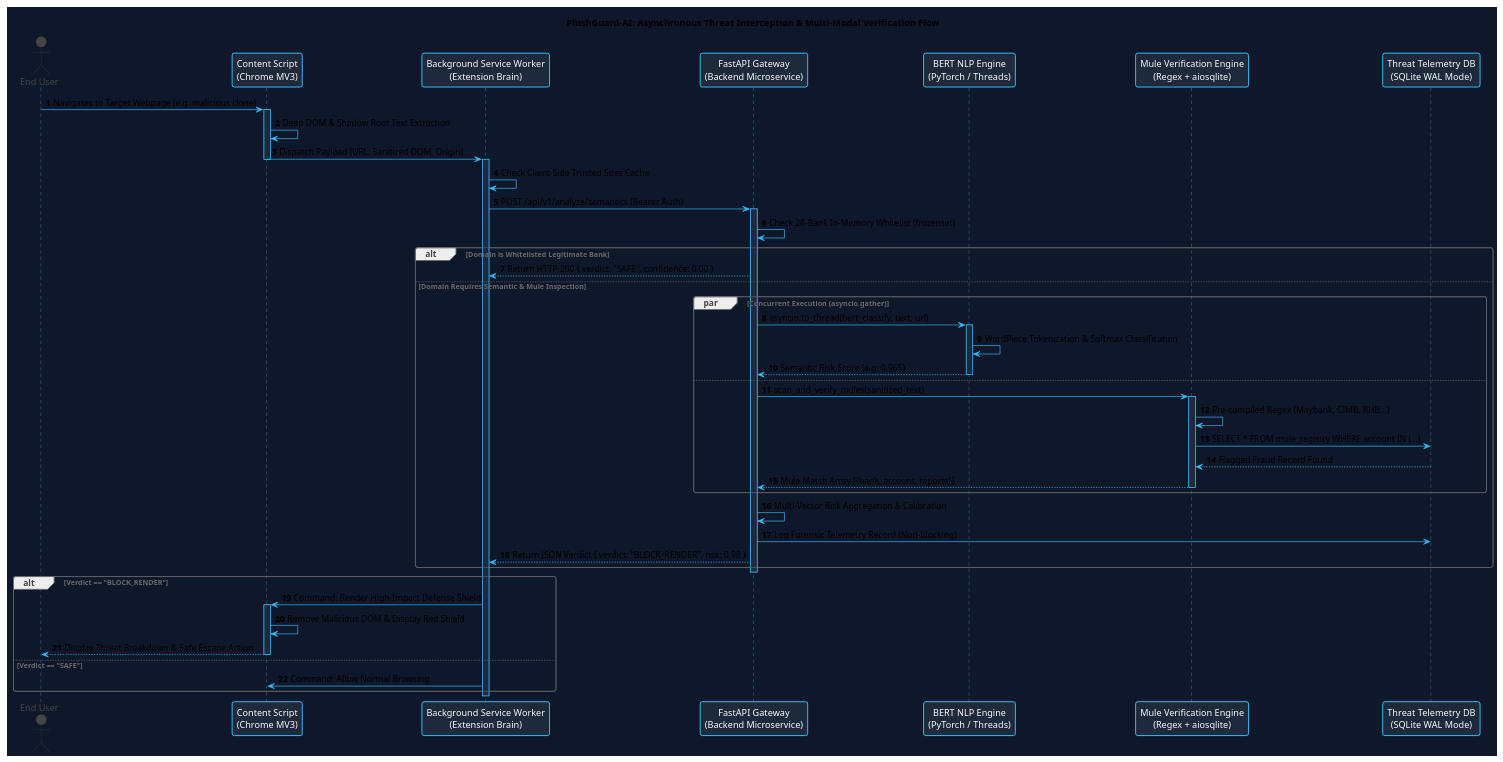
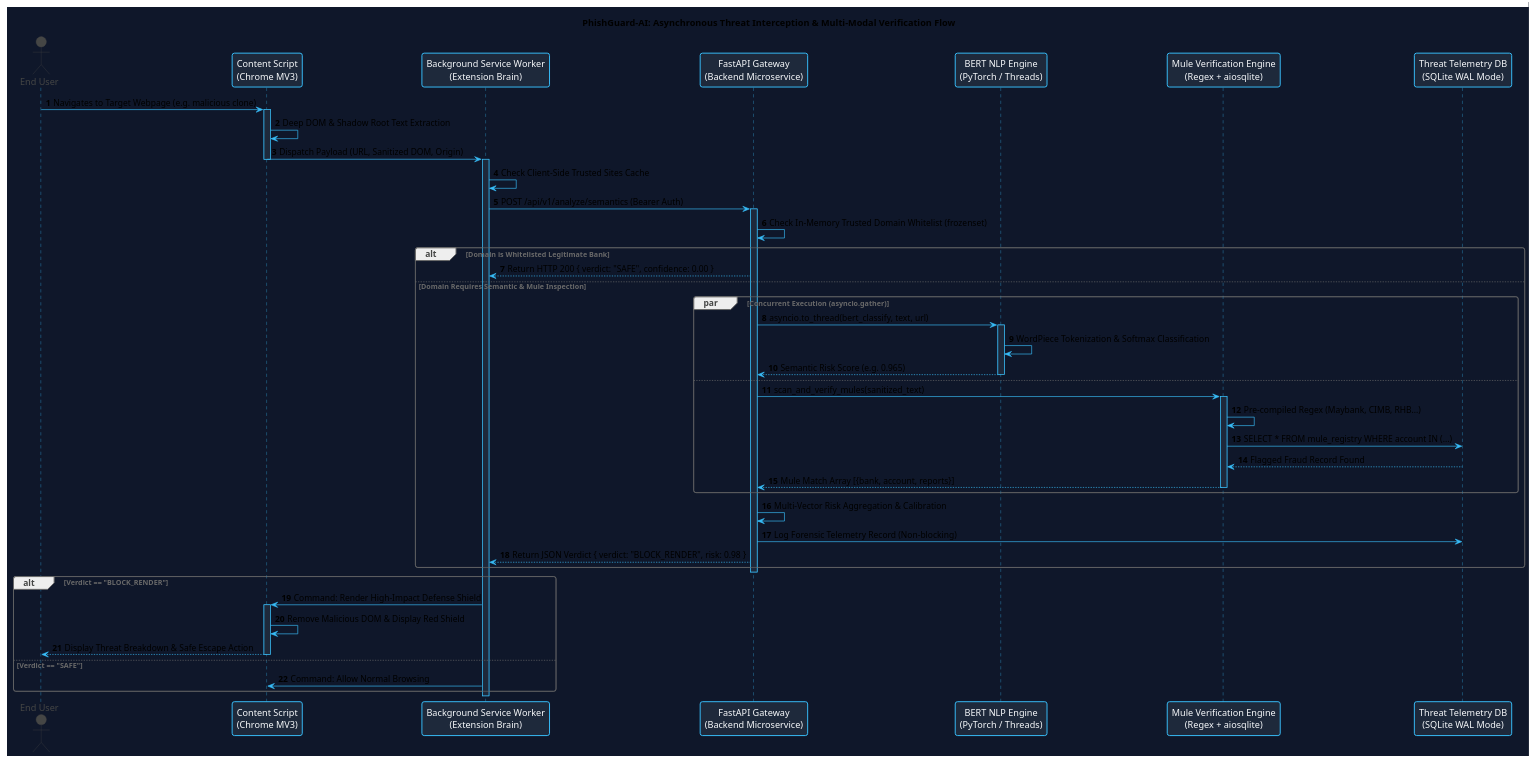
The second of 3 diagrams in report/diagrams/Chapter_1_Diagrams.puml (KunTheNoobie/PhishGuard-AI-Complete), drawn with PlantUML before and after one commit. The commit also changed other lines of this file and 104 other files, not shown here.

```diff
--- a/report/diagrams/Chapter_1_Diagrams.puml
+++ b/report/diagrams/Chapter_1_Diagrams.puml
@@ -69,70 +69,70 @@
 @startuml Threat_Interception_Sequence_Chapter_1
 !theme vibrant
 skinparam backgroundColor #0f172a
 skinparam ArrowColor #38bdf8
 skinparam SequenceLifeLineBorderColor #38bdf8
 skinparam SequenceLifeLineBackgroundColor #1e293b
 skinparam ParticipantBorderColor #38bdf8
 skinparam ParticipantBackgroundColor #1e293b
 skinparam ParticipantFontColor #f8fafc
 
 title PhishGuard-AI: Asynchronous Threat Interception & Multi-Modal Verification Flow
 
 autonumber
 actor "End User" as User
 participant "Content Script\n(Chrome MV3)" as CS
 participant "Background Service Worker\n(Extension Brain)" as SW
 participant "FastAPI Gateway\n(Backend Microservice)" as API
 participant "BERT NLP Engine\n(PyTorch / Threads)" as BERT
 participant "Mule Verification Engine\n(Regex + aiosqlite)" as MULE
 participant "Threat Telemetry DB\n(SQLite WAL Mode)" as DB
 
 User -> CS : Navigates to Target Webpage (e.g. malicious clone)
 activate CS
 CS -> CS : Deep DOM & Shadow Root Text Extraction
 CS -> SW : Dispatch Payload (URL, Sanitized DOM, Origin)
 deactivate CS
 
 activate SW
 SW -> SW : Check Client-Side Trusted Sites Cache
 SW -> API : POST /api/v1/analyze/semantics (Bearer Auth)
 activate API
 
-API -> API : Check 28-Bank In-Memory Whitelist (frozenset)
+API -> API : Check In-Memory Trusted Domain Whitelist (frozenset)
 alt Domain is Whitelisted Legitimate Bank
     API --> SW : Return HTTP 200 { verdict: "SAFE", confidence: 0.00 }
 else Domain Requires Semantic & Mule Inspection
     par Concurrent Execution (asyncio.gather)
         API -> BERT : asyncio.to_thread(bert_classify, text, url)
         activate BERT
         BERT -> BERT : WordPiece Tokenization & Softmax Classification
         BERT --> API : Semantic Risk Score (e.g. 0.965)
         deactivate BERT
     else
         API -> MULE : scan_and_verify_mules(sanitized_text)
         activate MULE
         MULE -> MULE : Pre-compiled Regex (Maybank, CIMB, RHB...)
         MULE -> DB : SELECT * FROM mule_registry WHERE account IN (...)
         DB --> MULE : Flagged Fraud Record Found
         MULE --> API : Mule Match Array [{bank, account, reports}]
         deactivate MULE
     end
 
     API -> API : Multi-Vector Risk Aggregation & Calibration
     API -> DB : Log Forensic Telemetry Record (Non-blocking)
     API --> SW : Return JSON Verdict { verdict: "BLOCK_RENDER", risk: 0.98 }
 end
 deactivate API
 
 alt Verdict == "BLOCK_RENDER"
     SW -> CS : Command: Render High-Impact Defense Shield
     activate CS
     CS -> CS : Remove Malicious DOM & Display Red Shield
     CS --> User : Display Threat Breakdown & Safe Escape Action
     deactivate CS
 else Verdict == "SAFE"
     SW -> CS : Command: Allow Normal Browsing
 end
 deactivate SW
 
 @enduml
```
